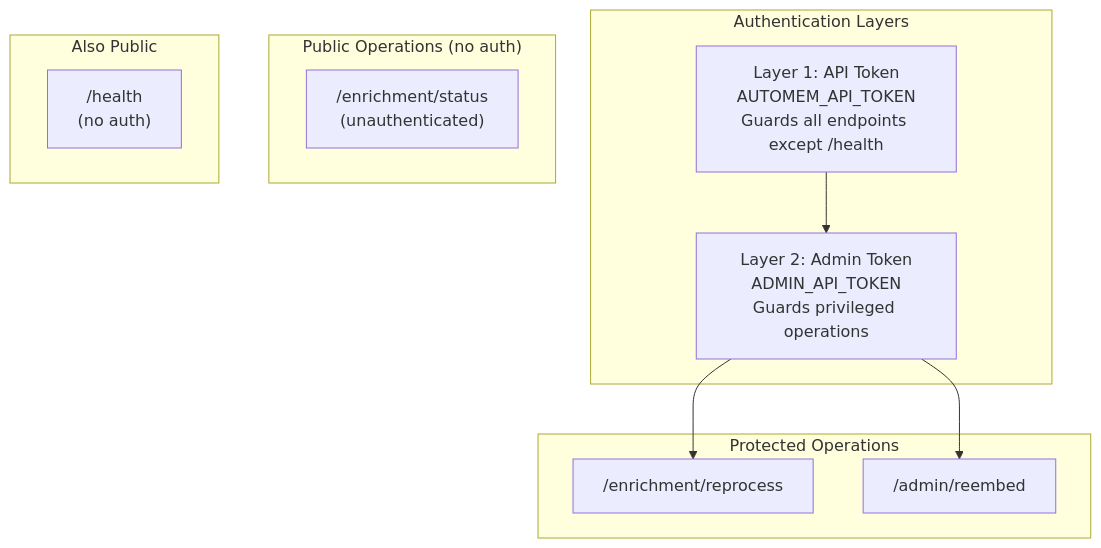
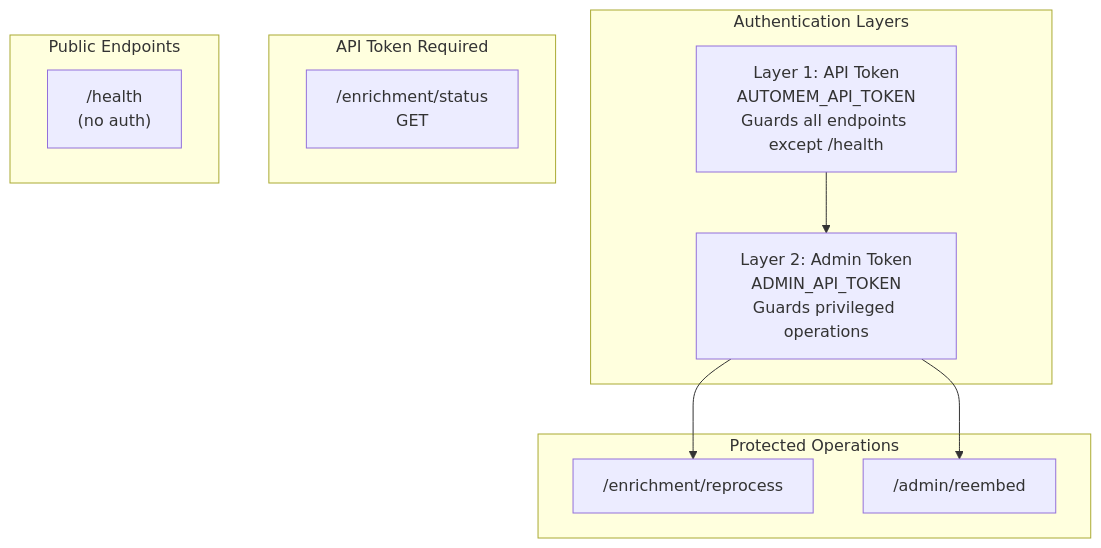
One commit to verygoodplugins/automem-website changed the first of 3 diagrams in src/content/docs/docs/reference/api/admin.md. Above: the diagram before and after it, drawn with Mermaid. The commit also changed other lines of this file and 2 other files, not shown here.

First line of the commit message:
docs: fix cross-page auth inconsistencies and admin token description

````diff
--- a/src/content/docs/docs/reference/api/admin.md
+++ b/src/content/docs/docs/reference/api/admin.md
@@ -35,24 +35,24 @@
 ```mermaid
 graph TB
     subgraph "Authentication Layers"
         Layer1["Layer 1: API Token<br/>AUTOMEM_API_TOKEN<br/>Guards all endpoints except /health"]
         Layer2["Layer 2: Admin Token<br/>ADMIN_API_TOKEN<br/>Guards privileged operations"]
     end
 
     subgraph "Protected Operations"
         Reprocess["/enrichment/reprocess"]
         Reembed["/admin/reembed"]
     end
 
-    subgraph "Public Operations (no auth)"
-        Status["/enrichment/status<br/>(unauthenticated)"]
+    subgraph "API Token Required"
+        Status["/enrichment/status<br/>GET"]
     end
 
-    subgraph "Also Public"
+    subgraph "Public Endpoints"
         Health["/health<br/>(no auth)"]
     end
 
     Layer1-->Layer2
     Layer2-->Reprocess
     Layer2-->Reembed
 ```
````
